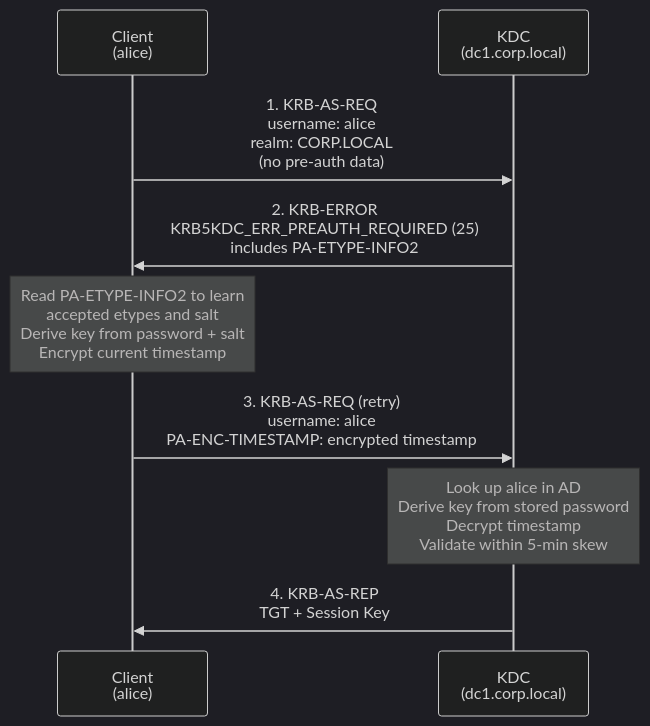
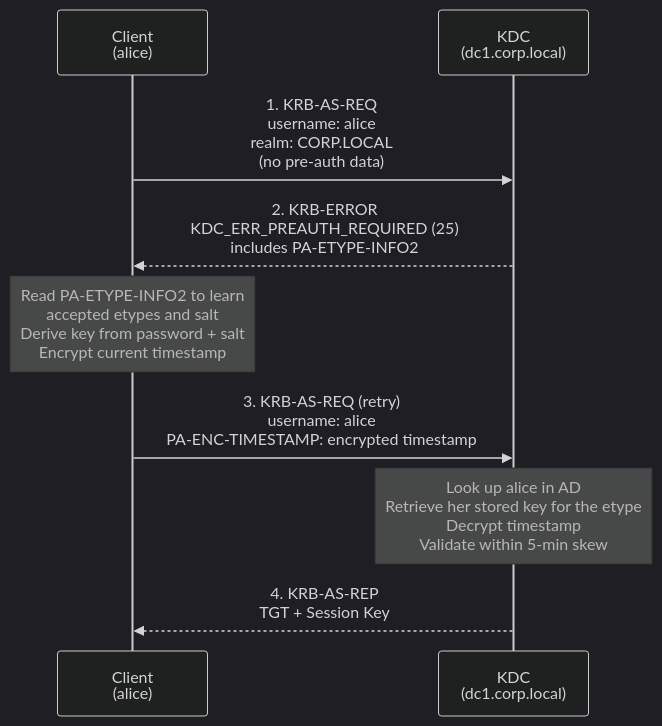
One commit to StrongWind1/Kerberos changed the first of 2 diagrams in content/protocol/preauth.md. Above: the diagram before and after it, drawn with Mermaid (dark theme). The commit also changed other lines of this file and 117 other files, not shown here.

````diff
--- a/content/protocol/preauth.md
+++ b/content/protocol/preauth.md
@@ -49,15 +53,15 @@
 ```mermaid
 sequenceDiagram
     participant C as Client<br/>(alice)
     participant K as KDC<br/>(dc1.corp.local)
 
     C->>K: 1. KRB-AS-REQ<br/>username: alice<br/>realm: CORP.LOCAL<br/>(no pre-auth data)
-    K->>C: 2. KRB-ERROR<br/>KRB5KDC_ERR_PREAUTH_REQUIRED (25)<br/>includes PA-ETYPE-INFO2
+    K-->>C: 2. KRB-ERROR<br/>KDC_ERR_PREAUTH_REQUIRED (25)<br/>includes PA-ETYPE-INFO2
 
     Note over C: Read PA-ETYPE-INFO2 to learn<br/>accepted etypes and salt<br/>Derive key from password + salt<br/>Encrypt current timestamp
 
     C->>K: 3. KRB-AS-REQ (retry)<br/>username: alice<br/>PA-ENC-TIMESTAMP: encrypted timestamp
-    Note over K: Look up alice in AD<br/>Derive key from stored password<br/>Decrypt timestamp<br/>Validate within 5-min skew
+    Note over K: Look up alice in AD<br/>Retrieve her stored key for the etype<br/>Decrypt timestamp<br/>Validate within 5-min skew
 
-    K->>C: 4. KRB-AS-REP<br/>TGT + Session Key
+    K-->>C: 4. KRB-AS-REP<br/>TGT + Session Key
 ```
````
